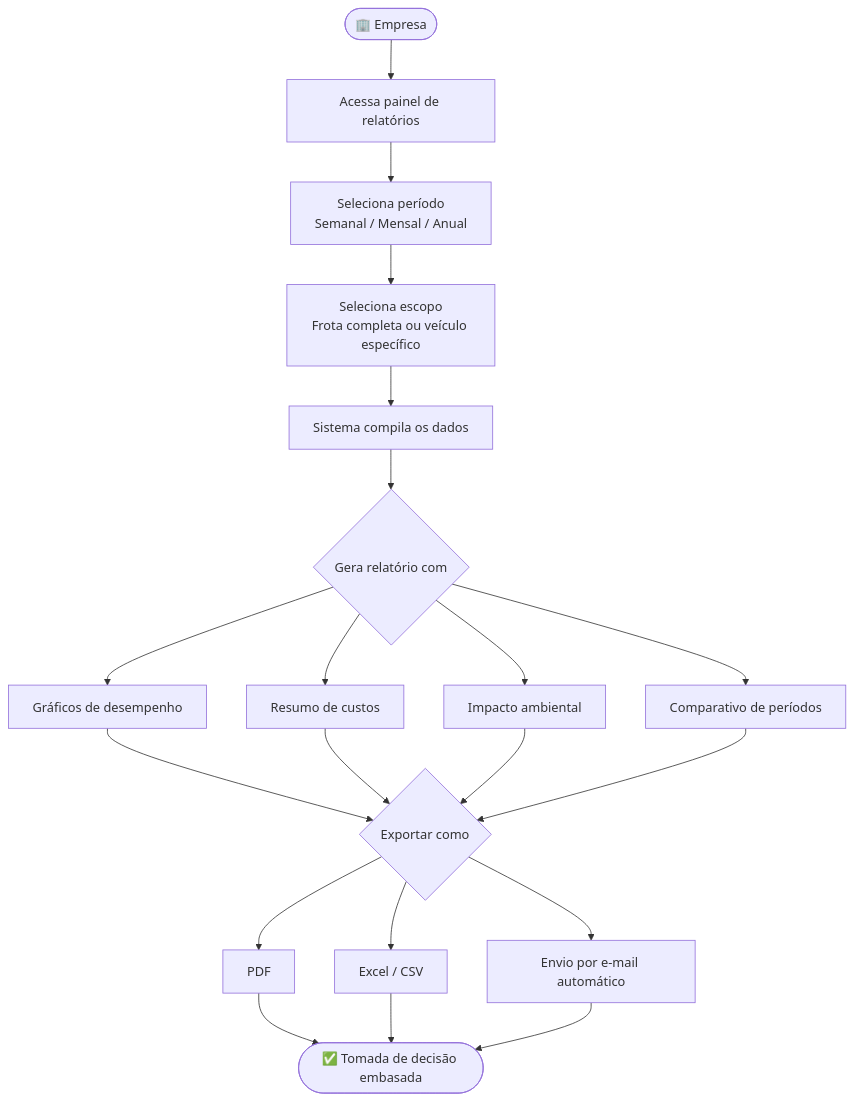
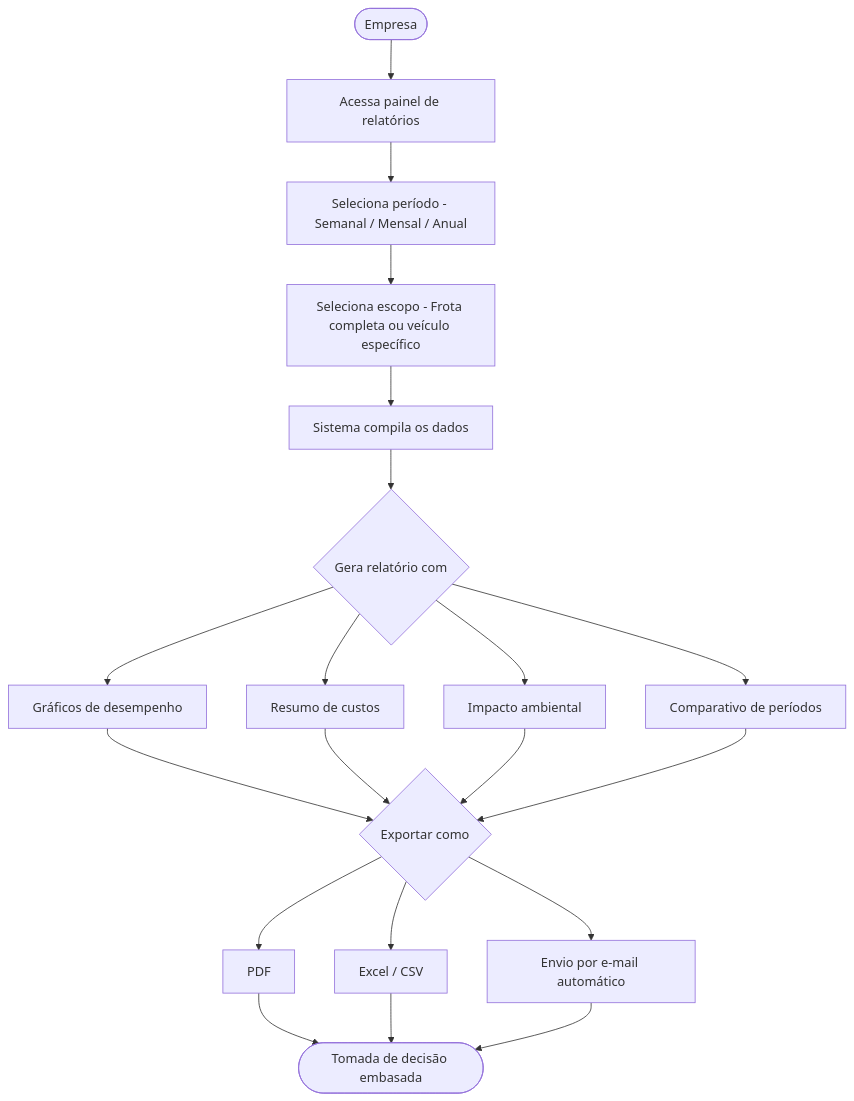
One commit to gabriellucasknp/Carbon-Defuse changed the tenth of 10 diagrams in README.md. Above: the diagram before and after it, drawn with Mermaid. The commit also changed other lines of this file, not shown here.

Commit message:
Fix formatting and improve user story diagrams

````diff
--- a/README.md
+++ b/README.md
@@ -413,17 +413,17 @@
 ```mermaid
 flowchart TD
-    A([🏢 Empresa]) --> B[Acessa painel de relatórios]
-    B --> C[Seleciona período\nSemanal / Mensal / Anual]
-    C --> D[Seleciona escopo\nFrota completa ou veículo específico]
+    A([Empresa]) --> B[Acessa painel de relatórios]
+    B --> C[Seleciona período - Semanal / Mensal / Anual]
+    C --> D[Seleciona escopo - Frota completa ou veículo específico]
     D --> E[Sistema compila os dados]
     E --> F{Gera relatório com}
-    F --> G[ Gráficos de desempenho]
-    F --> H[ Resumo de custos]
-    F --> I[ Impacto ambiental]
-    F --> J[ Comparativo de períodos]
+    F --> G[Gráficos de desempenho]
+    F --> H[Resumo de custos]
+    F --> I[Impacto ambiental]
+    F --> J[Comparativo de períodos]
     G & H & I & J --> K{Exportar como}
-    K --> L[ PDF]
-    K --> M[ Excel / CSV]
-    K --> N[ Envio por e-mail automático]
-    L & M & N --> O([✅ Tomada de decisão embasada])
+    K --> L[PDF]
+    K --> M[Excel / CSV]
+    K --> N[Envio por e-mail automático]
+    L & M & N --> O([Tomada de decisão embasada])
 ```
````
